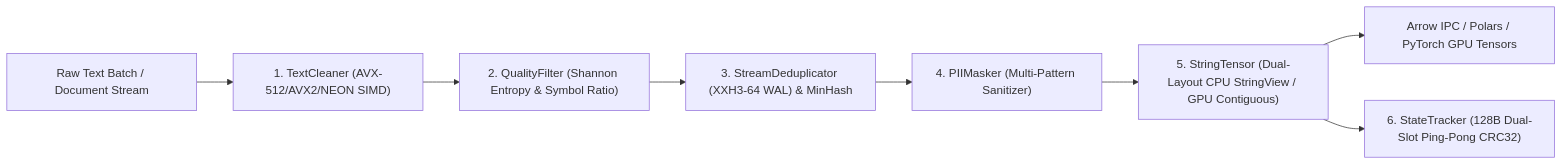
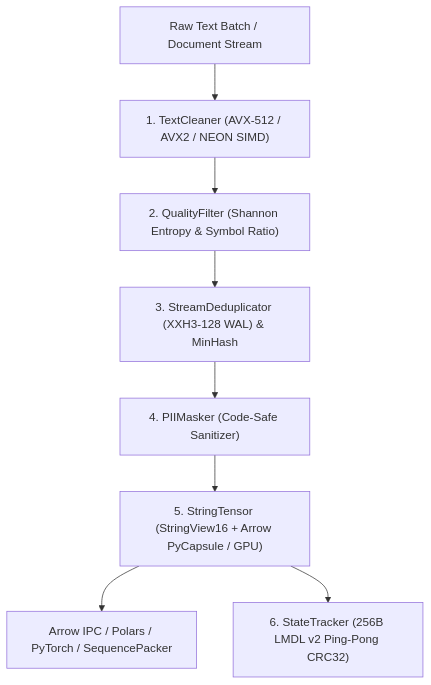
Before and after one commit to cloverx-id/luminamoon: the second of 2 diagrams in docs/en/04_architecture_and_hardware.md, drawn with Mermaid. The commit also changed other lines of this file and 524 other files, not shown here.

````diff
--- a/docs/en/04_architecture_and_hardware.md
+++ b/docs/en/04_architecture_and_hardware.md
@@ -34,10 +34,10 @@
 ```mermaid
-flowchart LR
-    Raw["Raw Text Batch / Document Stream"] --> Cleaner["1. TextCleaner (AVX-512/AVX2/NEON SIMD)"]
+flowchart TD
+    Raw["Raw Text Batch / Document Stream"] --> Cleaner["1. TextCleaner (AVX-512 / AVX2 / NEON SIMD)"]
     Cleaner --> Quality["2. QualityFilter (Shannon Entropy & Symbol Ratio)"]
-    Quality --> Dedup["3. StreamDeduplicator (XXH3-64 WAL) & MinHash"]
-    Dedup --> Masker["4. PIIMasker (Multi-Pattern Sanitizer)"]
-    Masker --> Tensor["5. StringTensor (Dual-Layout CPU StringView / GPU Contiguous)"]
-    Tensor --> Export["Arrow IPC / Polars / PyTorch GPU Tensors"]
-    Tensor --> Checkpoint["6. StateTracker (128B Dual-Slot Ping-Pong CRC32)"]
+    Quality --> Dedup["3. StreamDeduplicator (XXH3-128 WAL) & MinHash"]
+    Dedup --> Masker["4. PIIMasker (Code-Safe Sanitizer)"]
+    Masker --> Tensor["5. StringTensor (StringView16 + Arrow PyCapsule / GPU)"]
+    Tensor --> Export["Arrow IPC / Polars / PyTorch / SequencePacker"]
+    Tensor --> Checkpoint["6. StateTracker (256B LMDL v2 Ping-Pong CRC32)"]
 ```
````
